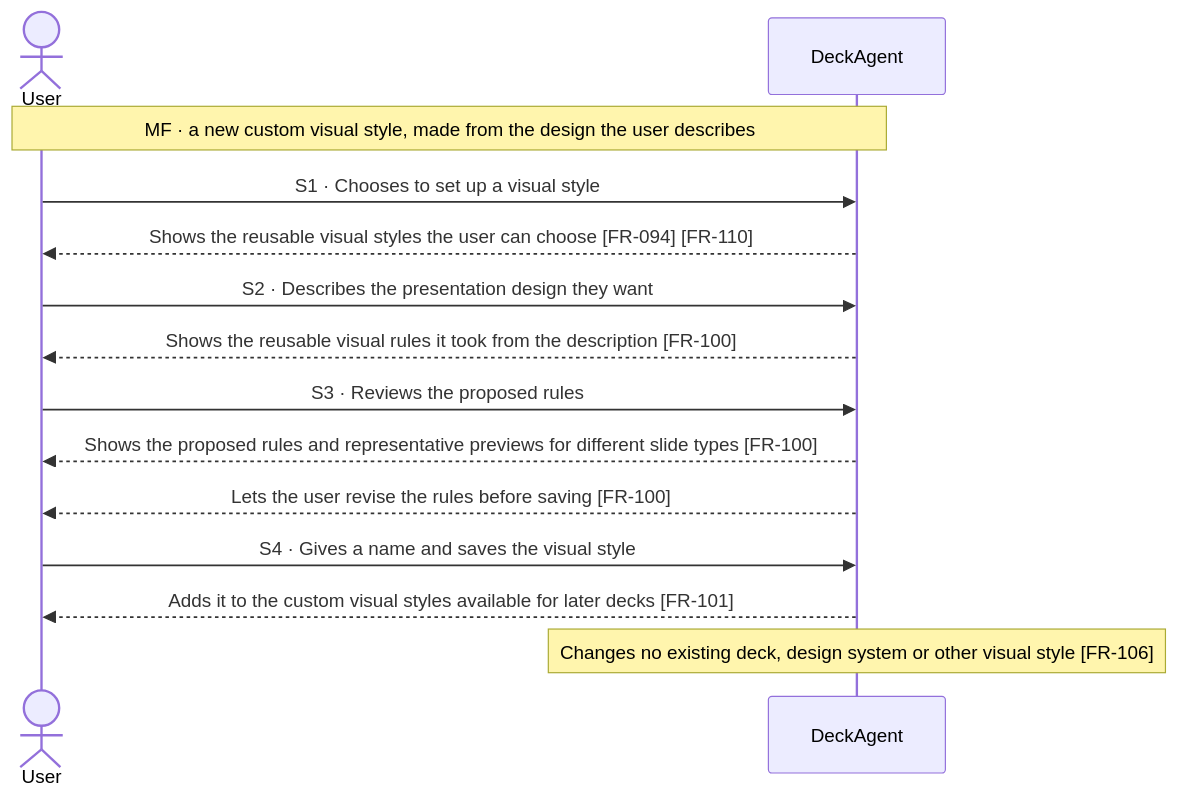
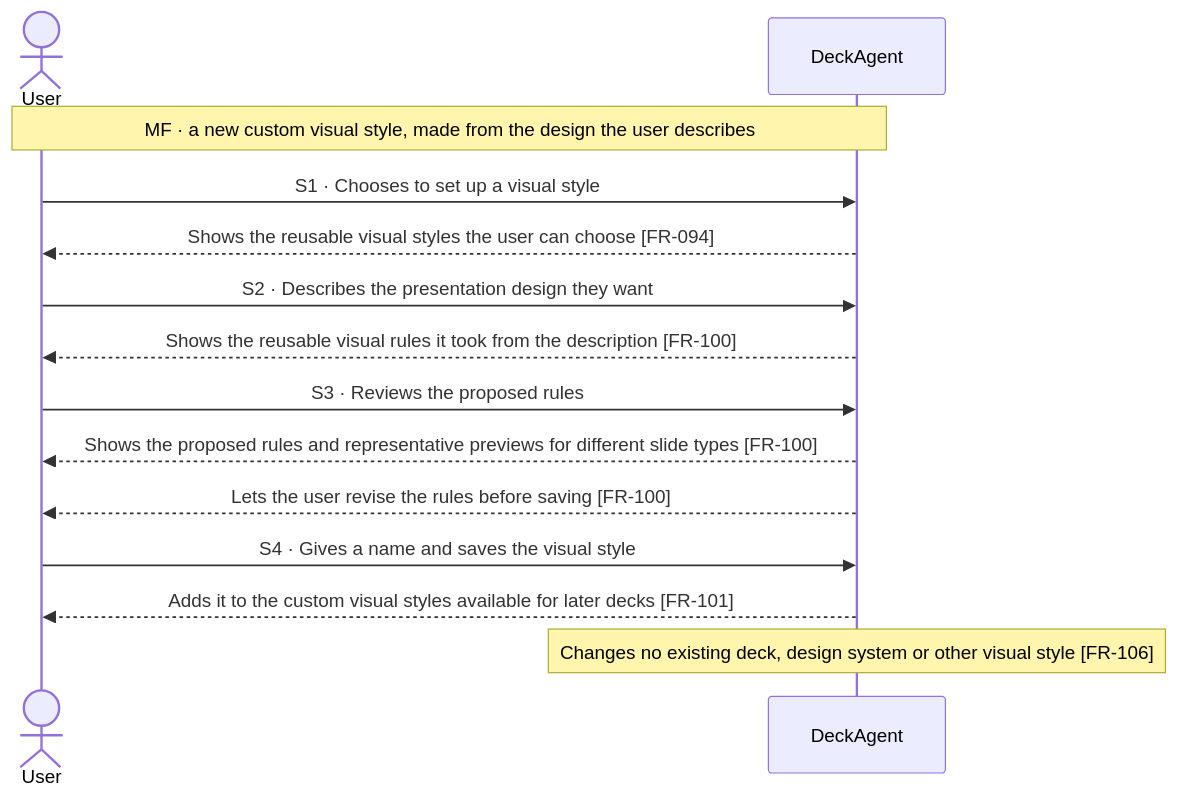
Before and after one commit to Luke23127006/DeckAgent: the first of 10 diagrams in docs/spec/03-use-cases/UC-017.md, drawn with Mermaid. The commit also changed other lines of this file and 10 other files, not shown here.

````diff
--- a/docs/spec/03-use-cases/UC-017.md
+++ b/docs/spec/03-use-cases/UC-017.md
@@ -41,16 +41,16 @@
 ```mermaid
 sequenceDiagram
     actor User
     participant DeckAgent
     Note over User,DeckAgent: MF · a new custom visual style, made from the design the user describes
     User->>DeckAgent: S1 · Chooses to set up a visual style
-    DeckAgent-->>User: Shows the reusable visual styles the user can choose [FR-094] [FR-110]
+    DeckAgent-->>User: Shows the reusable visual styles the user can choose [FR-094]
     User->>DeckAgent: S2 · Describes the presentation design they want
     DeckAgent-->>User: Shows the reusable visual rules it took from the description [FR-100]
     User->>DeckAgent: S3 · Reviews the proposed rules
     DeckAgent-->>User: Shows the proposed rules and representative previews for different slide types [FR-100]
     DeckAgent-->>User: Lets the user revise the rules before saving [FR-100]
     User->>DeckAgent: S4 · Gives a name and saves the visual style
     DeckAgent-->>User: Adds it to the custom visual styles available for later decks [FR-101]
     note over DeckAgent: Changes no existing deck, design system or other visual style [FR-106]
 ```
````
